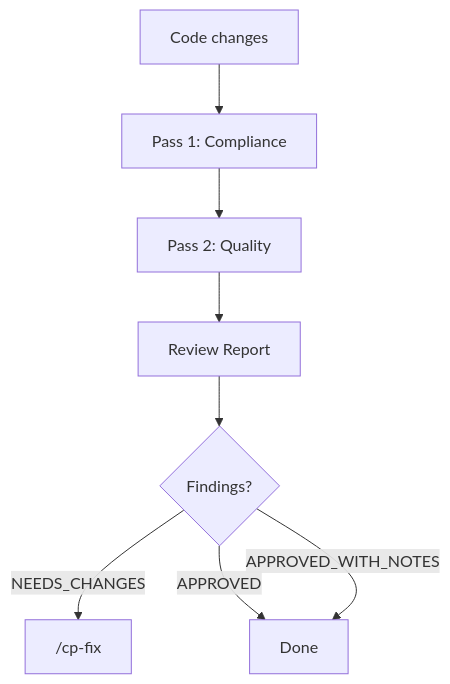
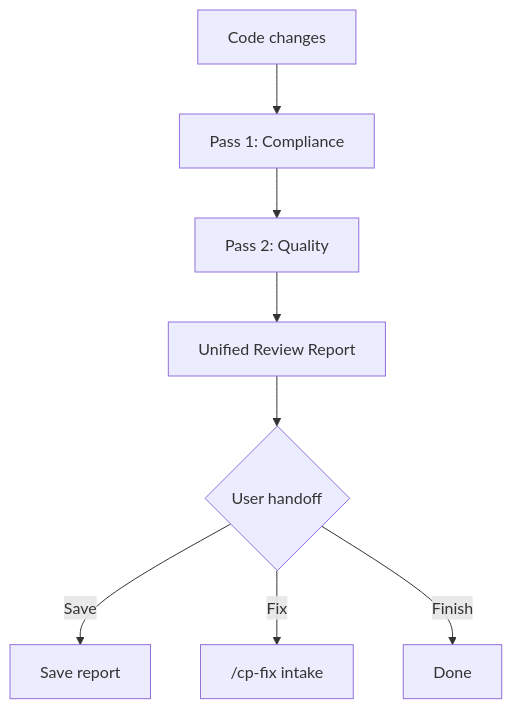
Before and after one commit to unger1984/codepatrol: the diagram in .ai/docs/domains/review-system.md, drawn with Mermaid. The commit also changed other lines of this file and 8 other files, not shown here.

Commit message:
fix: gate review handoff and fix policy

````diff
--- a/.ai/docs/domains/review-system.md
+++ b/.ai/docs/domains/review-system.md
@@ -26,10 +26,10 @@
 ```mermaid
 flowchart TD
     CODE[Code changes] --> P1["Pass 1: Compliance"]
     P1 --> P2["Pass 2: Quality"]
-    P2 --> REPORT[Review Report]
-    REPORT --> DECIDE{Findings?}
-    DECIDE -->|NEEDS_CHANGES| FIX["/cp-fix"]
-    DECIDE -->|APPROVED| DONE[Done]
-    DECIDE -->|APPROVED_WITH_NOTES| DONE
+    P2 --> REPORT[Unified Review Report]
+    REPORT --> HANDOFF{User handoff}
+    HANDOFF -->|Save| SAVE[Save report]
+    HANDOFF -->|Fix| FIX["/cp-fix intake"]
+    HANDOFF -->|Finish| DONE[Done]
 ```
````
